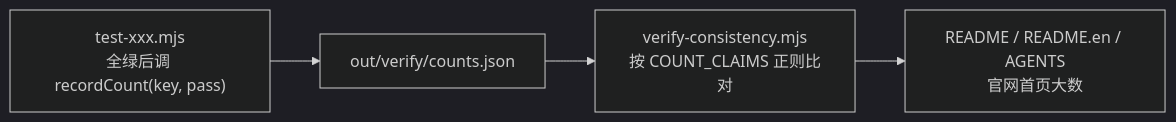
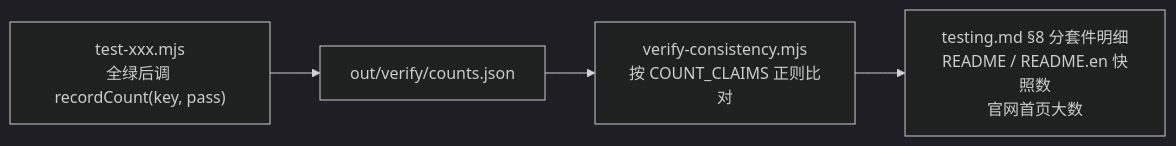
Before and after one commit to unStone/web-ppt: the diagram in docs/engineering/testing.md, drawn with Mermaid (dark theme). The commit also changed other lines of this file and 214 other files, not shown here.

````diff
--- a/docs/engineering/testing.md
+++ b/docs/engineering/testing.md
@@ -38,6 +38,6 @@
 ```mermaid
 flowchart LR
   T["test-xxx.mjs<br/>全绿后调 recordCount(key, pass)"] --> C["out/verify/counts.json"]
   C --> V["verify-consistency.mjs<br/>按 COUNT_CLAIMS 正则比对"]
-  V --> D["README / README.en / AGENTS<br/>官网首页大数"]
+  V --> D["testing.md §8 分套件明细<br/>README / README.en 快照数<br/>官网首页大数"]
 ```
````
